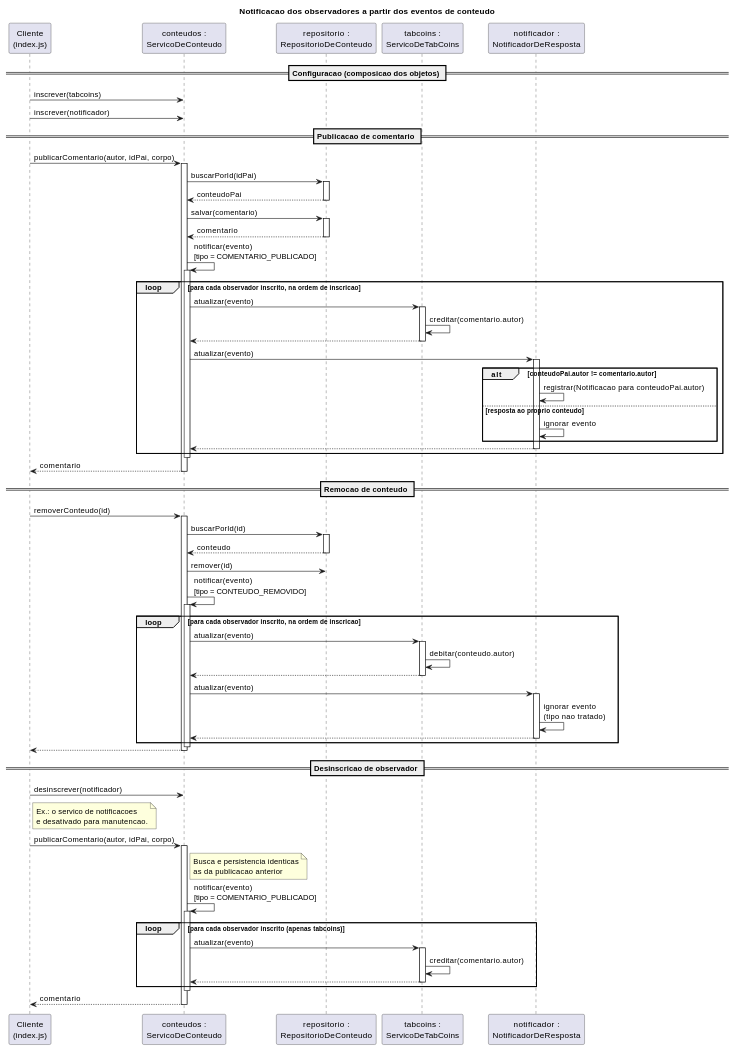
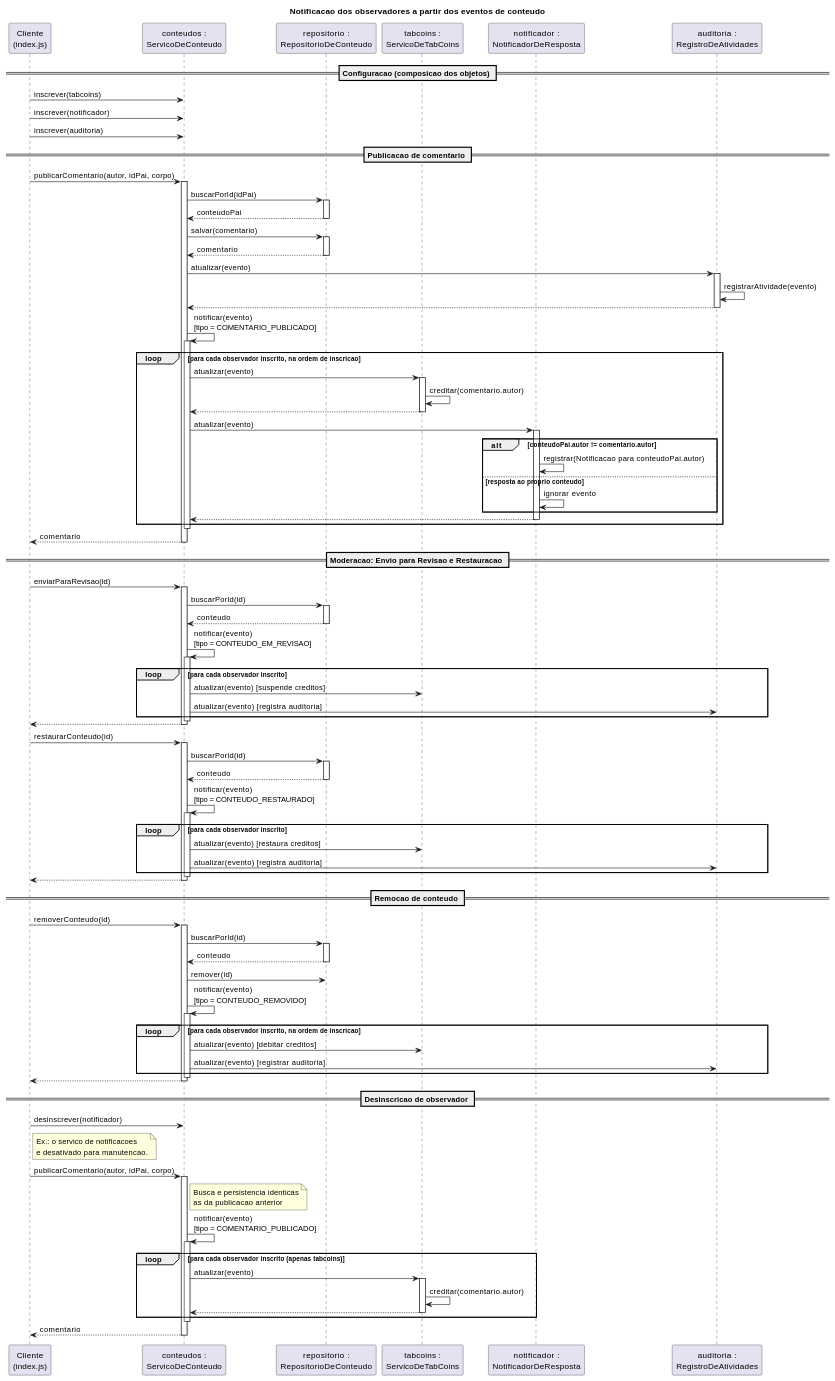
Before and after one commit to UnBArqDsw2026-2-Turma01/RepositorioTemplateEntrega3-TabNews-Forum: the second of 2 diagrams in docs/Base/Relatórios/SubEquipe03/modelagem.md, drawn with PlantUML. The commit also changed other lines of this file, not shown here.

Commit message:
docs: atualiza diagramas e texto para incluir RegistroDeAtividades e moderação - Guilherme Moura

```diff
--- a/docs/Base/Relatórios/SubEquipe03/modelagem.md
+++ b/docs/Base/Relatórios/SubEquipe03/modelagem.md
@@ -160,11 +174,13 @@
 participant "repositorio :\nRepositorioDeConteudo" as REPO
 participant "tabcoins :\nServicoDeTabCoins" as TC
 participant "notificador :\nNotificadorDeResposta" as NR
+participant "auditoria :\nRegistroDeAtividades" as RA
 
 == Configuracao (composicao dos objetos) ==
 
 C -> SC : inscrever(tabcoins)
 C -> SC : inscrever(notificador)
+C -> SC : inscrever(auditoria)
 
 == Publicacao de comentario ==
 
@@ -178,6 +194,11 @@
 activate REPO
 REPO --> SC : comentario
 deactivate REPO
+SC -> RA : atualizar(evento)
+activate RA
+RA -> RA : registrarAtividade(evento)
+RA --> SC
+deactivate RA
 
 SC -> SC : notificar(evento)\n[tipo = COMENTARIO_PUBLICADO]
 activate SC
@@ -204,6 +225,40 @@
 SC --> C : comentario
 deactivate SC
 
+== Moderacao: Envio para Revisao e Restauracao ==
+
+C -> SC : enviarParaRevisao(id)
+activate SC
+SC -> REPO : buscarPorId(id)
+activate REPO
+REPO --> SC : conteudo
+deactivate REPO
+SC -> SC : notificar(evento)\n[tipo = CONTEUDO_EM_REVISAO]
+activate SC
+loop para cada observador inscrito
+  SC -> TC : atualizar(evento) [suspende creditos]
+  SC -> RA : atualizar(evento) [registra auditoria]
+end
+deactivate SC
+SC --> C
+deactivate SC
+
+C -> SC : restaurarConteudo(id)
+activate SC
+SC -> REPO : buscarPorId(id)
+activate REPO
+REPO --> SC : conteudo
+deactivate REPO
+SC -> SC : notificar(evento)\n[tipo = CONTEUDO_RESTAURADO]
+activate SC
+loop para cada observador inscrito
+  SC -> TC : atualizar(evento) [restaura creditos]
+  SC -> RA : atualizar(evento) [registra auditoria]
+end
+deactivate SC
+SC --> C
+deactivate SC
+
 == Remocao de conteudo ==
 
 C -> SC : removerConteudo(id)
@@ -217,17 +272,8 @@
 SC -> SC : notificar(evento)\n[tipo = CONTEUDO_REMOVIDO]
 activate SC
 loop para cada observador inscrito, na ordem de inscricao
-  SC -> TC : atualizar(evento)
-  activate TC
-  TC -> TC : debitar(conteudo.autor)
-  TC --> SC
-  deactivate TC
-
-  SC -> NR : atualizar(evento)
-  activate NR
-  NR -> NR : ignorar evento\n(tipo nao tratado)
-  NR --> SC
-  deactivate NR
+  SC -> TC : atualizar(evento) [debitar creditos]
+  SC -> RA : atualizar(evento) [registrar auditoria]
 end
 deactivate SC
 SC --> C
```
